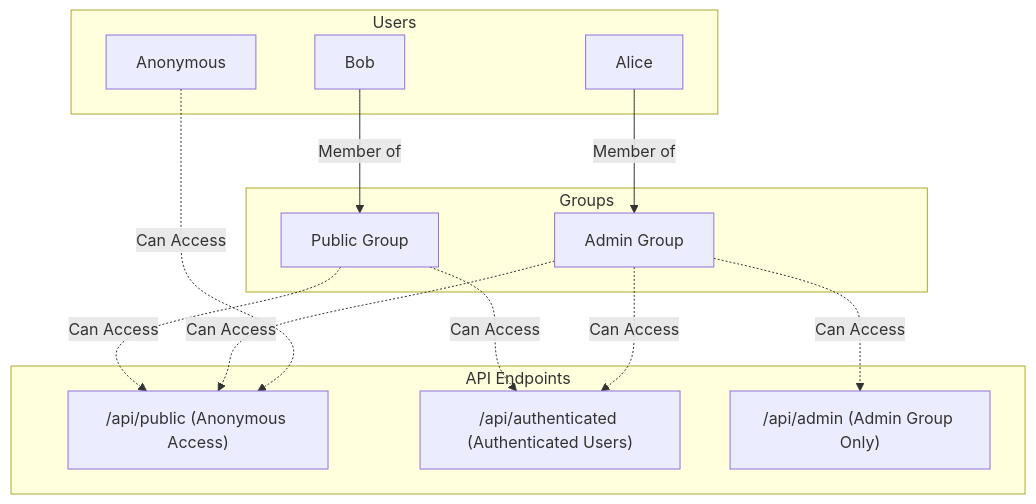
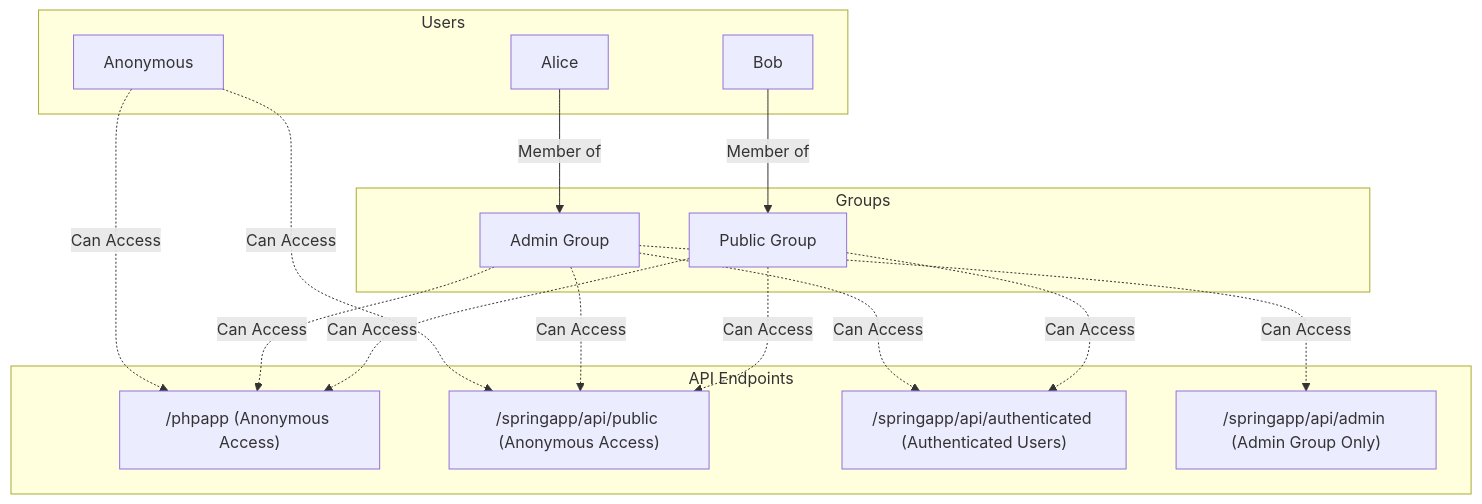
The second of 2 diagrams in README.md (FrankleyRocha/poc-kong), drawn with Mermaid before and after one commit. The commit also changed other lines of this file and 7 other files, not shown here.

````diff
--- a/README.md
+++ b/README.md
@@ -37,28 +46,32 @@
 ```mermaid
 graph TD
 
   subgraph Groups
     PublicGroup["Public Group"]
     AdminGroup[Admin Group]
   end
 
-  PublicGroup -.->|Can Access| PublicEndpoint
-  PublicGroup -.->|Can Access| AuthenticatedEndpoint
-  AdminGroup -.->|Can Access| PublicEndpoint
-  AdminGroup -.->|Can Access| AuthenticatedEndpoint
-  AdminGroup -.->|Can Access| AdminEndpoint
+  PublicGroup -.->|Can Access| Phpapp
+  PublicGroup -.->|Can Access| SpringappPublicEndpoint
+  PublicGroup -.->|Can Access| SpringappAuthenticatedEndpoint
+  AdminGroup -.->|Can Access| Phpapp
+  AdminGroup -.->|Can Access| SpringappPublicEndpoint
+  AdminGroup -.->|Can Access| SpringappAuthenticatedEndpoint
+  AdminGroup -.->|Can Access| SpringappAdminEndpoint
 
   subgraph Users
     Bob -->|Member of| PublicGroup
     Alice -->|Member of| AdminGroup
     Anonymous
   end
 
-  Anonymous -.->|Can Access| PublicEndpoint
+  Anonymous -.->|Can Access| SpringappPublicEndpoint
+  Anonymous -.->|Can Access| Phpapp
 
   subgraph API Endpoints
-    PublicEndpoint["/api/public (Anonymous Access)"]
-    AuthenticatedEndpoint["/api/authenticated (Authenticated Users)"]
-    AdminEndpoint["/api/admin (Admin Group Only)"]
+    Phpapp["/phpapp (Anonymous Access)"]
+    SpringappPublicEndpoint["/springapp/api/public (Anonymous Access)"]
+    SpringappAuthenticatedEndpoint["/springapp/api/authenticated (Authenticated Users)"]
+    SpringappAdminEndpoint["/springapp/api/admin (Admin Group Only)"]
   end
 ```
````
